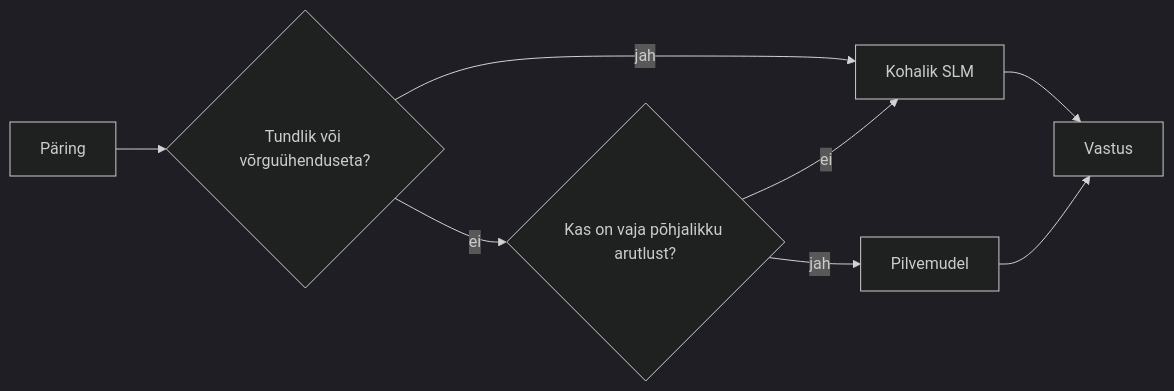
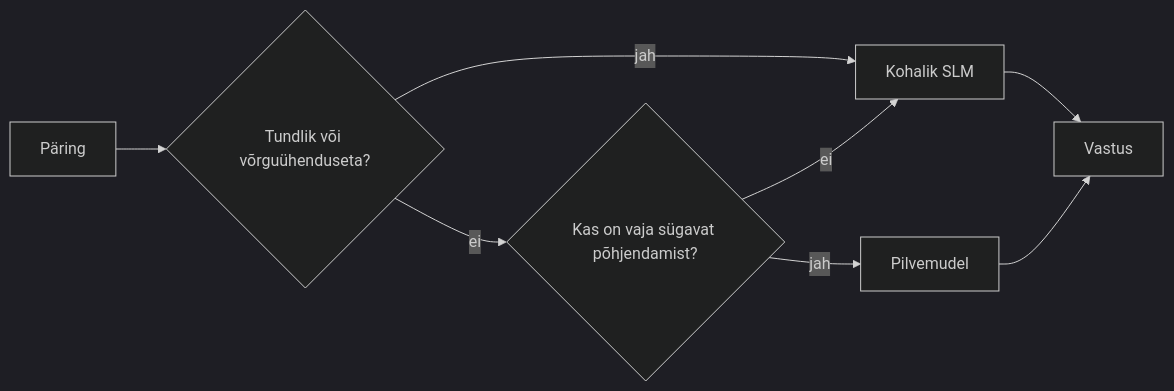
Before and after one commit to microsoft/ai-agents-for-beginners: the fourth of 4 diagrams in translations/et/17-creating-local-ai-agents/README.md, drawn with Mermaid (dark theme). The commit also changed other lines of this file and 46 other files, not shown here.

````diff
--- a/translations/et/17-creating-local-ai-agents/README.md
+++ b/translations/et/17-creating-local-ai-agents/README.md
@@ -156,10 +156,10 @@
 ```mermaid
 flowchart LR
     Q[Päring] --> S{Tundlik või võrguühenduseta?}
     S -->|jah| L[Kohalik SLM]
-    S -->|ei| C{Kas on vaja põhjalikku arutlust?}
+    S -->|ei| C{Kas on vaja sügavat põhjendamist?}
     C -->|ei| L
     C -->|jah| Cloud[Pilvemudel]
     L --> Out[Vastus]
     Cloud --> Out
 ```
````
